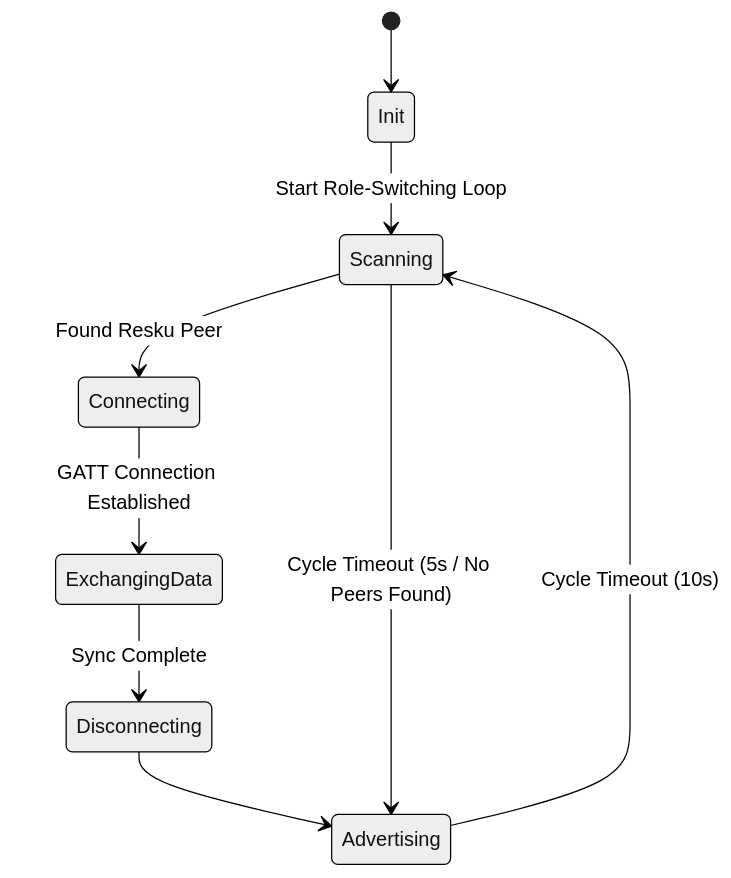
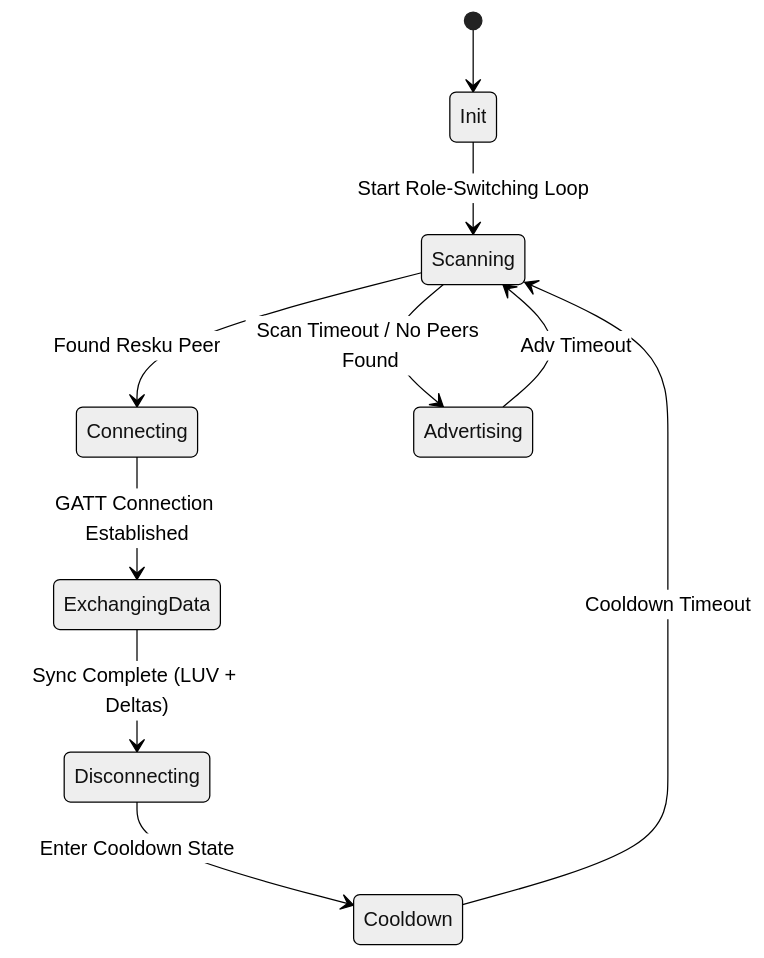
The diagram in PRD.md (RaditAtalla/resku), drawn with Mermaid (neutral theme) before and after one commit. The commit also changed other lines of this file and 1 other file, not shown here.

Commit message:
Feat: update PRD and add app flow description

````diff
--- a/PRD.md
+++ b/PRD.md
@@ -31,11 +36,12 @@
 ```mermaid
 stateDiagram-v2
     [*] --> Init
     Init --> Scanning : Start Role-Switching Loop
     Scanning --> Connecting : Found Resku Peer
     Connecting --> ExchangingData : GATT Connection Established
-    ExchangingData --> Disconnecting : Sync Complete
-    Disconnecting --> Advertising
-    Advertising --> Scanning : Cycle Timeout (10s)
-    Scanning --> Advertising : Cycle Timeout (5s / No Peers Found)
+    ExchangingData --> Disconnecting : Sync Complete (LUV + Deltas)
+    Disconnecting --> Cooldown : Enter Cooldown State
+    Cooldown --> Scanning : Cooldown Timeout
+    Scanning --> Advertising : Scan Timeout / No Peers Found
+    Advertising --> Scanning : Adv Timeout
 ```
````
